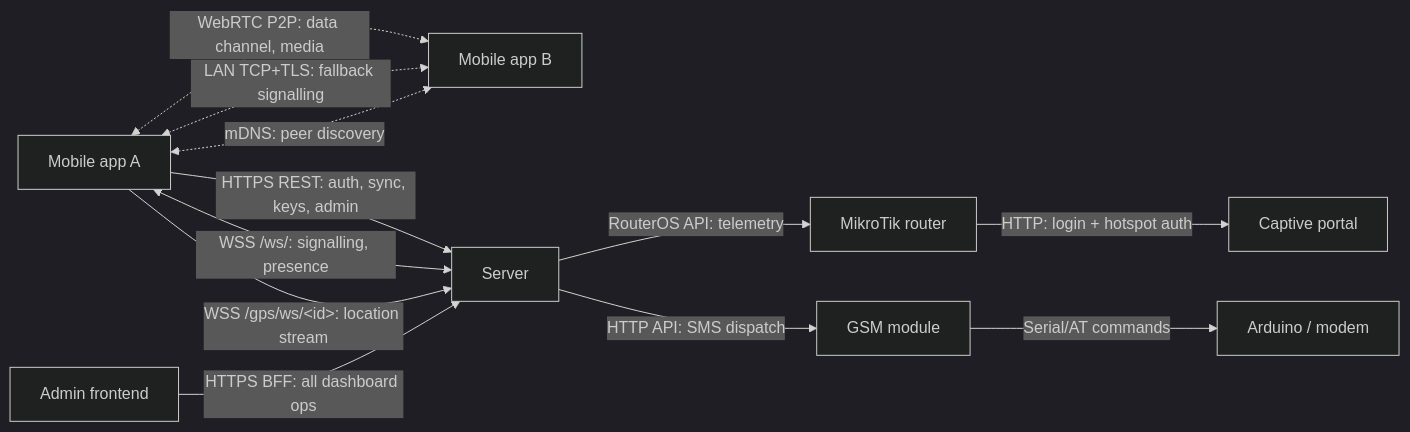
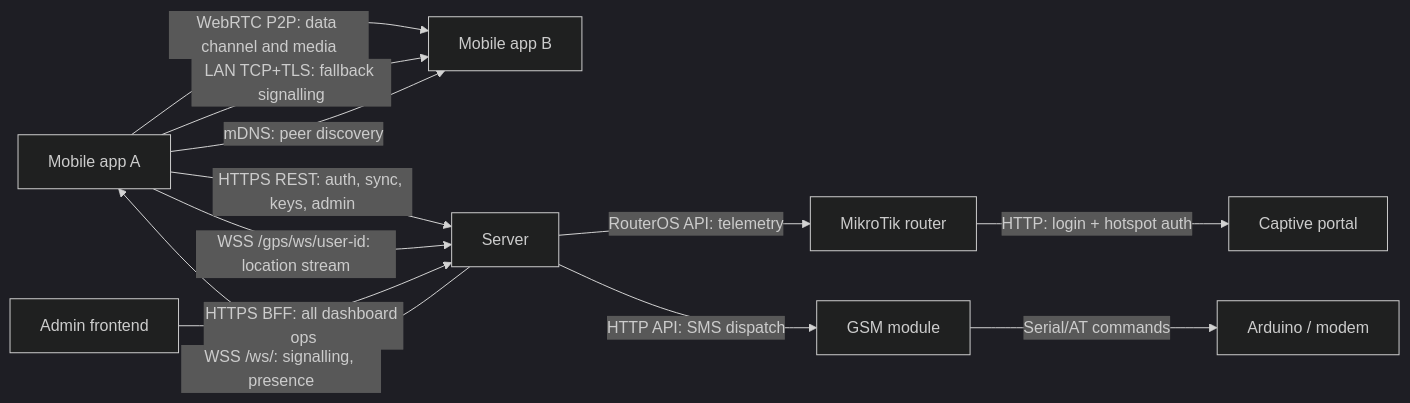
One commit to SAPOT-System/YLP-software changed the diagram in docs/architecture/system-overview.md. Above: the diagram before and after it, drawn with Mermaid (dark theme). The commit also changed 3 other files, not shown here.

````diff
--- a/docs/architecture/system-overview.md
+++ b/docs/architecture/system-overview.md
@@ -139,24 +139,24 @@
 ```mermaid
 flowchart LR
     MobileA["Mobile app A"]
     MobileB["Mobile app B"]
     Server["Server"]
     Admin["Admin frontend"]
     Router["MikroTik router"]
     GSM["GSM module"]
     Arduino["Arduino / modem"]
     Portal["Captive portal"]
 
     MobileA -->|HTTPS REST: auth, sync, keys, admin| Server
-    MobileA <-->|WSS /ws/: signalling, presence| Server
-    MobileA -->|WSS /gps/ws/&lt;id&gt;: location stream| Server
-    MobileA <-.->|WebRTC P2P: data channel, media| MobileB
-    MobileA <-.->|LAN TCP+TLS: fallback signalling| MobileB
-    MobileA <-.->|mDNS: peer discovery| MobileB
+    Server -->|WSS /ws/: signalling, presence| MobileA
+    MobileA -->|WSS /gps/ws/user-id: location stream| Server
+    MobileA -->|WebRTC P2P: data channel and media| MobileB
+    MobileA -->|LAN TCP+TLS: fallback signalling| MobileB
+    MobileA -->|mDNS: peer discovery| MobileB
 
     Admin -->|HTTPS BFF: all dashboard ops| Server
     Server -->|RouterOS API: telemetry| Router
     Server -->|HTTP API: SMS dispatch| GSM
     GSM -->|Serial/AT commands| Arduino
     Router -->|HTTP: login + hotspot auth| Portal
 ```
````
